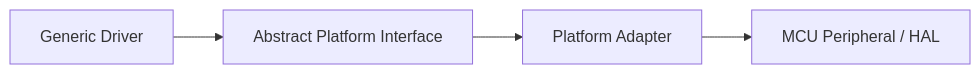
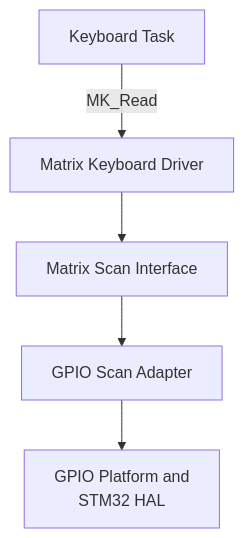
Before and after one commit to JP-REY/STM32F103C8T6-Based-Electronic-Lock: the fifth of 16 diagrams in Platforms/README.md, drawn with Mermaid. The commit also changed other lines of this file and 16 other files, not shown here.

````diff
--- a/Platforms/README.md
+++ b/Platforms/README.md
@@ -316,14 +686,13 @@
 ```mermaid
-flowchart LR
-    DRIVER[Generic Driver]
+flowchart TB
+    TASK["Keyboard Task"]
+    DRIVER["Matrix Keyboard Driver"]
+    SCAN["Matrix Scan Interface"]
+    ADAPTER["GPIO Scan Adapter"]
+    GPIO["GPIO Platform and<br/> STM32 HAL"]
 
-    INTERFACE[Abstract Platform Interface]
-
-    ADAPTER[Platform Adapter]
-
-    PERIPHERAL[MCU Peripheral / HAL]
-
-    DRIVER --> INTERFACE
-    INTERFACE --> ADAPTER
-    ADAPTER --> PERIPHERAL
+    TASK -->|"MK_Read"| DRIVER
+    DRIVER --> SCAN
+    SCAN --> ADAPTER
+    ADAPTER --> GPIO
 ```
````
